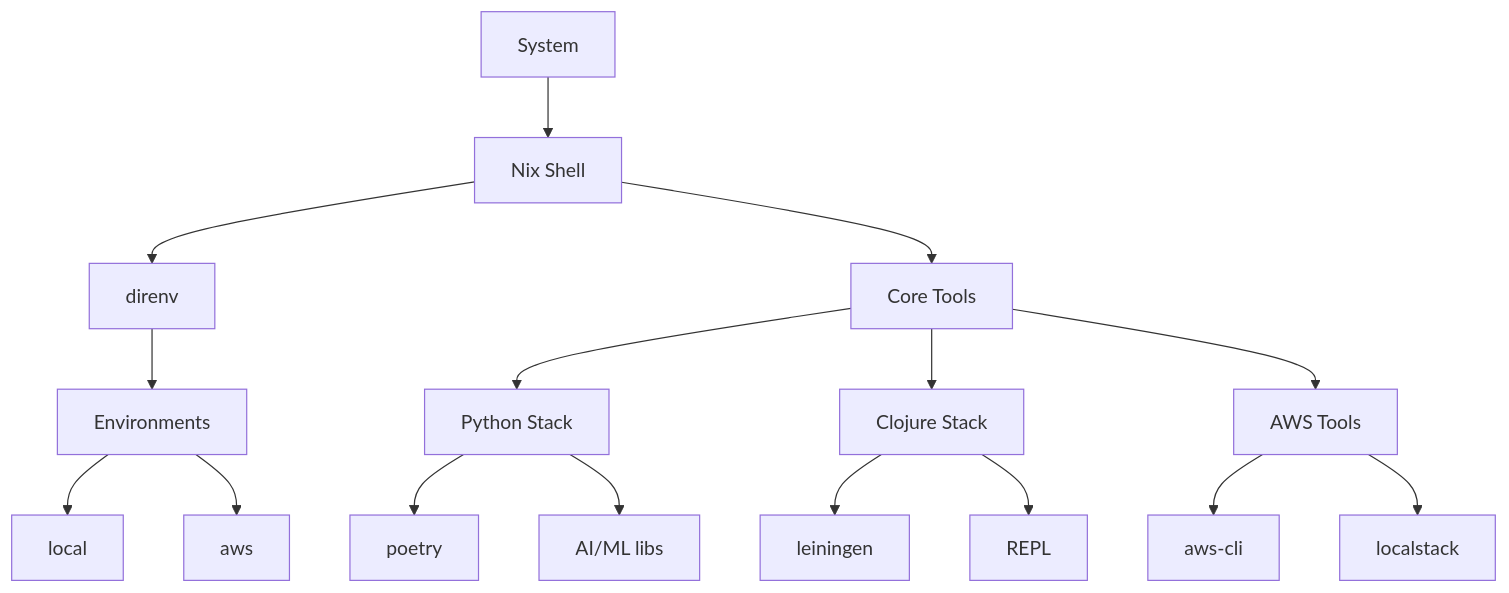
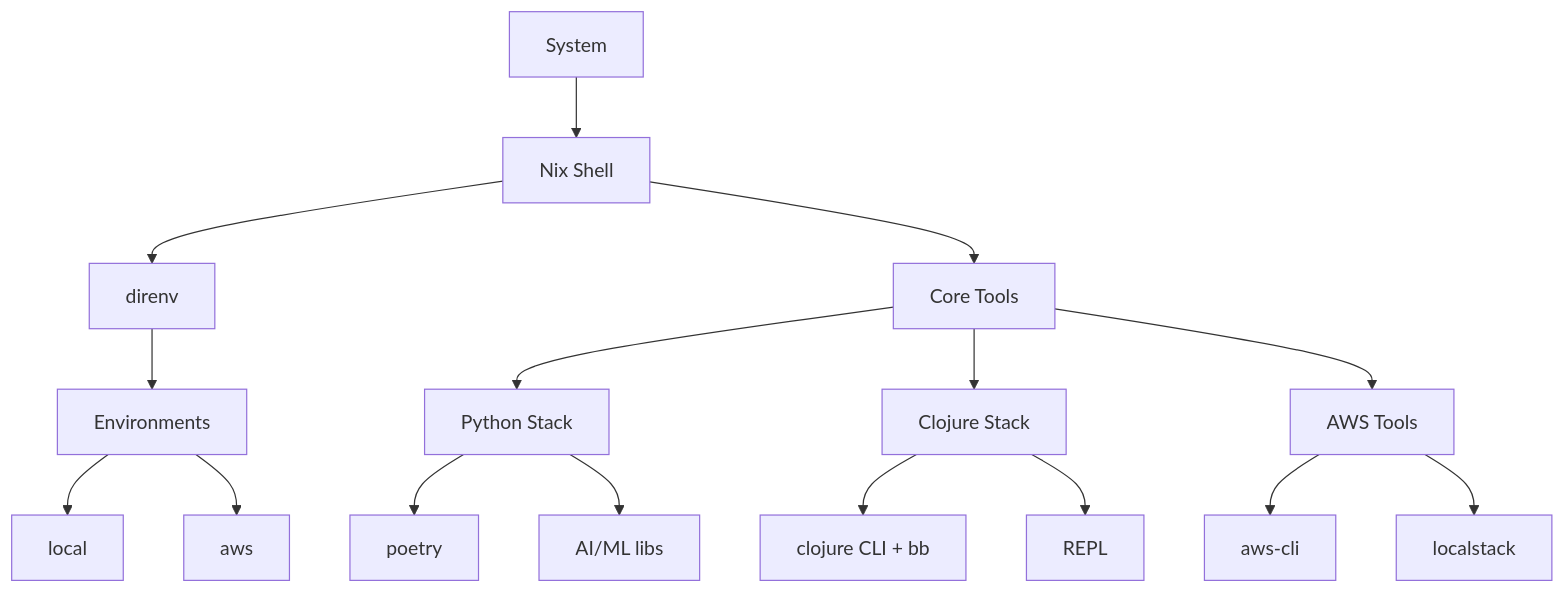
Before and after one commit to aygp-dr/aif-c01: the second of 2 diagrams in README.org, drawn with Mermaid. The commit also changed other lines of this file, not shown here.

```diff
--- a/README.org
+++ b/README.org
@@ -55,22 +55,22 @@
 #+begin_src mermaid :file architecture-core.png
 graph TD
     A[System] --> B[Nix Shell]
     B --> C[direnv]
     B --> D[Core Tools]
     
     D --> E[Python Stack]
     E --> E1[poetry]
     E --> E2[AI/ML libs]
     
     D --> F[Clojure Stack]
-    F --> F1[leiningen]
+    F --> F1[clojure CLI + bb]
     F --> F2[REPL]
     
     D --> G[AWS Tools]
     G --> G1[aws-cli]
     G --> G2[localstack]
     
     C --> I[Environments]
     I --> I1[local]
     I --> I2[aws]
 #+end_src
```
